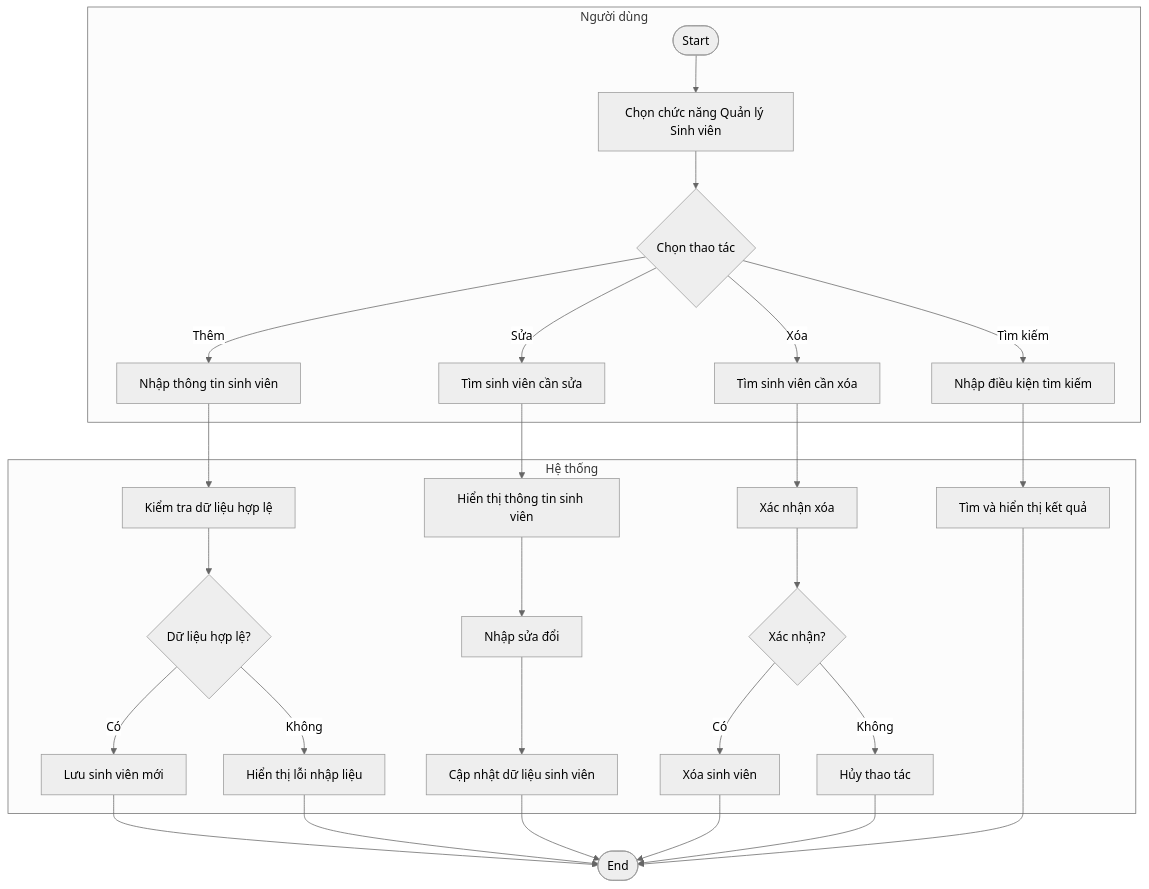
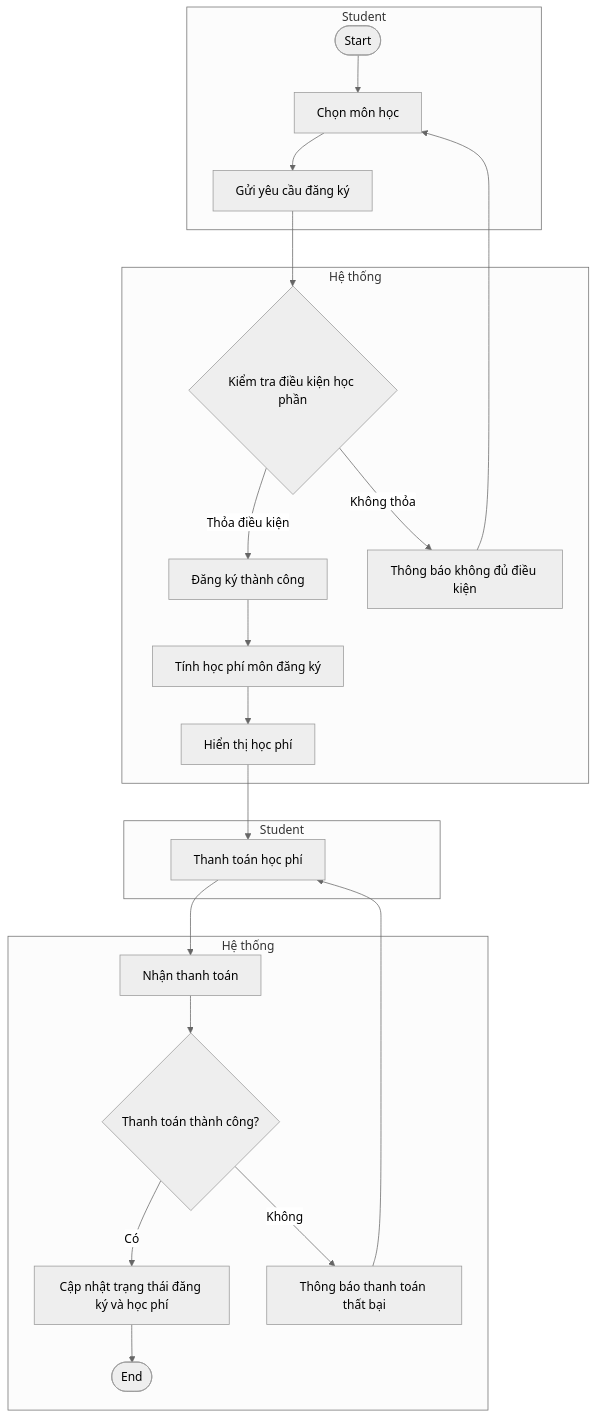
One commit to barotoichoi/PTTKHT-Group3 changed the second of 4 diagrams in Activity_Diagram.md. Above: the diagram before and after it, drawn with Mermaid (neutral theme). The commit also changed other lines of this file, not shown here.

Commit message:
Cập nhật 4 biểu đồ Activity Diagram theo yêu cầu

````diff
--- a/Activity_Diagram.md
+++ b/Activity_Diagram.md
@@ -33,33 +29,29 @@
 ```mermaid
 flowchart TB
-    subgraph User [Người dùng]
-        A([Start]) --> B[Chọn chức năng Quản lý Sinh viên]
-        B --> C{Chọn thao tác}
-        C -- Thêm --> D[Nhập thông tin sinh viên]
-        C -- Sửa --> E[Tìm sinh viên cần sửa]
-        C -- Xóa --> F[Tìm sinh viên cần xóa]
-        C -- Tìm kiếm --> G[Nhập điều kiện tìm kiếm]
+    subgraph Student[Student]
+        S1([Start]) --> S2[Chọn môn học]
+        S2 --> S3[Gửi yêu cầu đăng ký]
     end
 
-    subgraph System [Hệ thống]
-        D --> H[Kiểm tra dữ liệu hợp lệ]
-        H --> I{Dữ liệu hợp lệ?}
-        I -- Có --> J[Lưu sinh viên mới]
-        I -- Không --> K[Hiển thị lỗi nhập liệu]
-        E --> L[Hiển thị thông tin sinh viên]
-        L --> M[Nhập sửa đổi]
-        M --> N[Cập nhật dữ liệu sinh viên]
-        F --> O[Xác nhận xóa]
-        O --> P{Xác nhận?}
-        P -- Có --> Q[Xóa sinh viên]
-        P -- Không --> R[Hủy thao tác]
-        G --> S[Tìm và hiển thị kết quả]
+    subgraph System[Hệ thống]
+        S3 --> T1{Kiểm tra điều kiện học phần}
+        T1 -->|Thỏa điều kiện| T2[Đăng ký thành công]
+        T1 -->|Không thỏa| T3[Thông báo không đủ điều kiện]
+        T3 --> S2
+        T2 --> T4[Tính học phí môn đăng ký]
+        T4 --> S4[Hiển thị học phí]
     end
 
-    J --> T([End])
-    K --> T
-    N --> T
-    Q --> T
-    R --> T
-    S --> T
+    subgraph Student2[Student]
+        S4 --> S5[Thanh toán học phí]
+    end
+
+    subgraph System2[Hệ thống]
+        S5 --> T5[Nhận thanh toán]
+        T5 --> T6{Thanh toán thành công?}
+        T6 -->|Có| T7[Cập nhật trạng thái đăng ký và học phí]
+        T6 -->|Không| T8[Thông báo thanh toán thất bại]
+        T8 --> S5
+        T7 --> Z([End])
+    end
 ```
````
